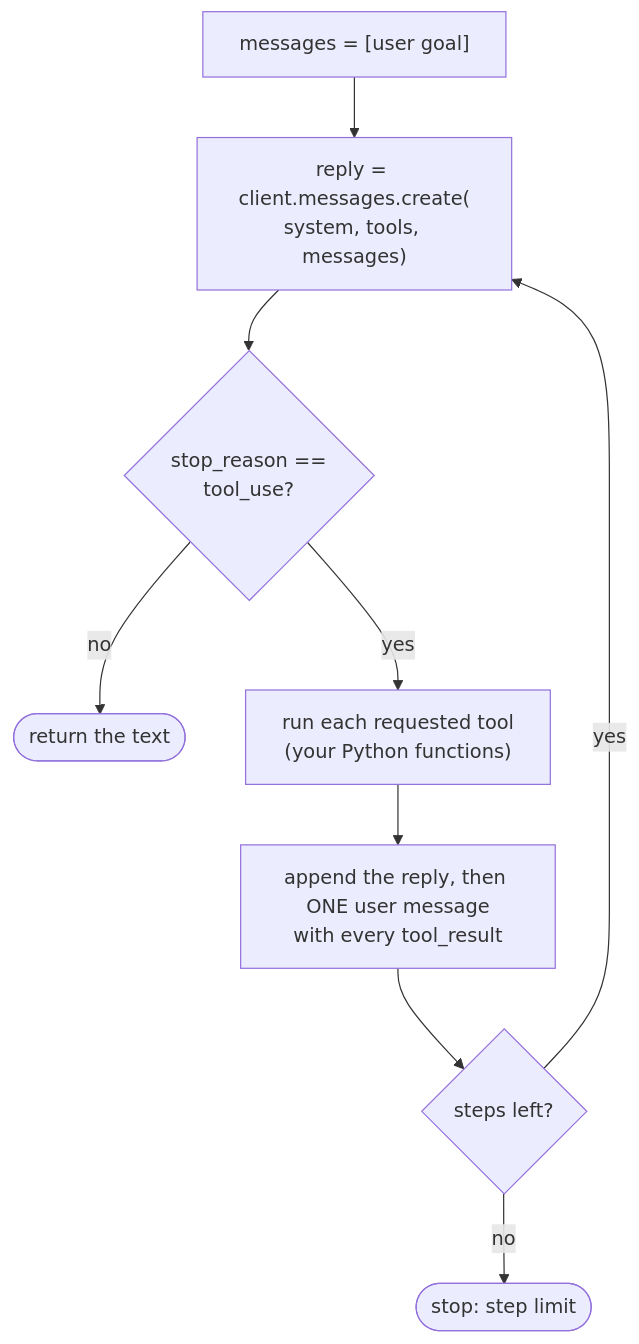
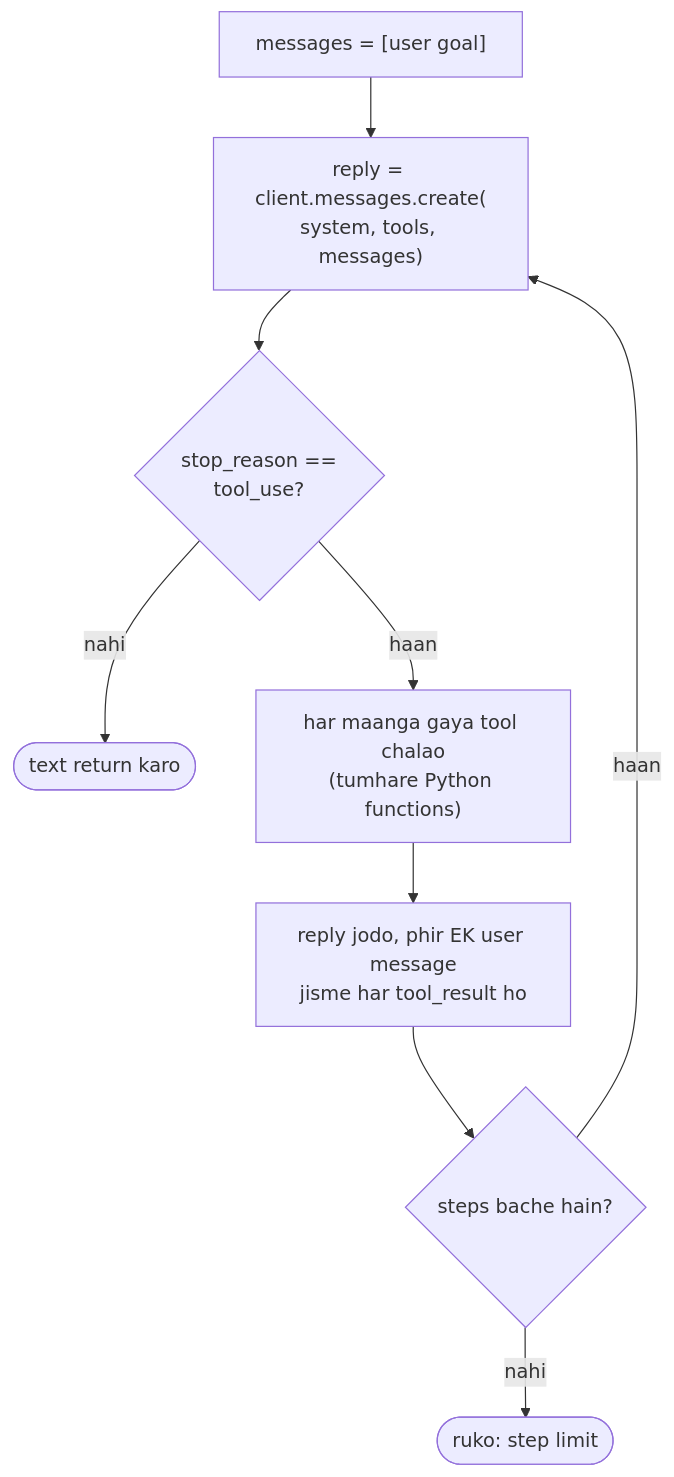
One commit to asmustechno/agentic-ai-notes changed the diagram in docs/11-frameworks/11.9-the-no-framework-approach.md. Above: the diagram before and after it, drawn with Mermaid. The commit also changed other lines of this file and 135 other files, not shown here.

````diff
--- a/docs/11-frameworks/11.9-the-no-framework-approach.md
+++ b/docs/11-frameworks/11.9-the-no-framework-approach.md
@@ -48,11 +48,11 @@
 ```mermaid
 flowchart TD
     A["messages = [user goal]"] --> B["reply = client.messages.create(<br/>system, tools, messages)"]
     B --> C{"stop_reason ==<br/>tool_use?"}
-    C -->|no| D(["return the text"])
-    C -->|yes| E["run each requested tool<br/>(your Python functions)"]
-    E --> F["append the reply, then ONE user message<br/>with every tool_result"]
-    F --> G{"steps left?"}
-    G -->|yes| B
-    G -->|no| H(["stop: step limit"])
+    C -->|nahi| D(["text return karo"])
+    C -->|haan| E["har maanga gaya tool chalao<br/>(tumhare Python functions)"]
+    E --> F["reply jodo, phir EK user message<br/>jisme har tool_result ho"]
+    F --> G{"steps bache hain?"}
+    G -->|haan| B
+    G -->|nahi| H(["ruko: step limit"])
 ```
````
